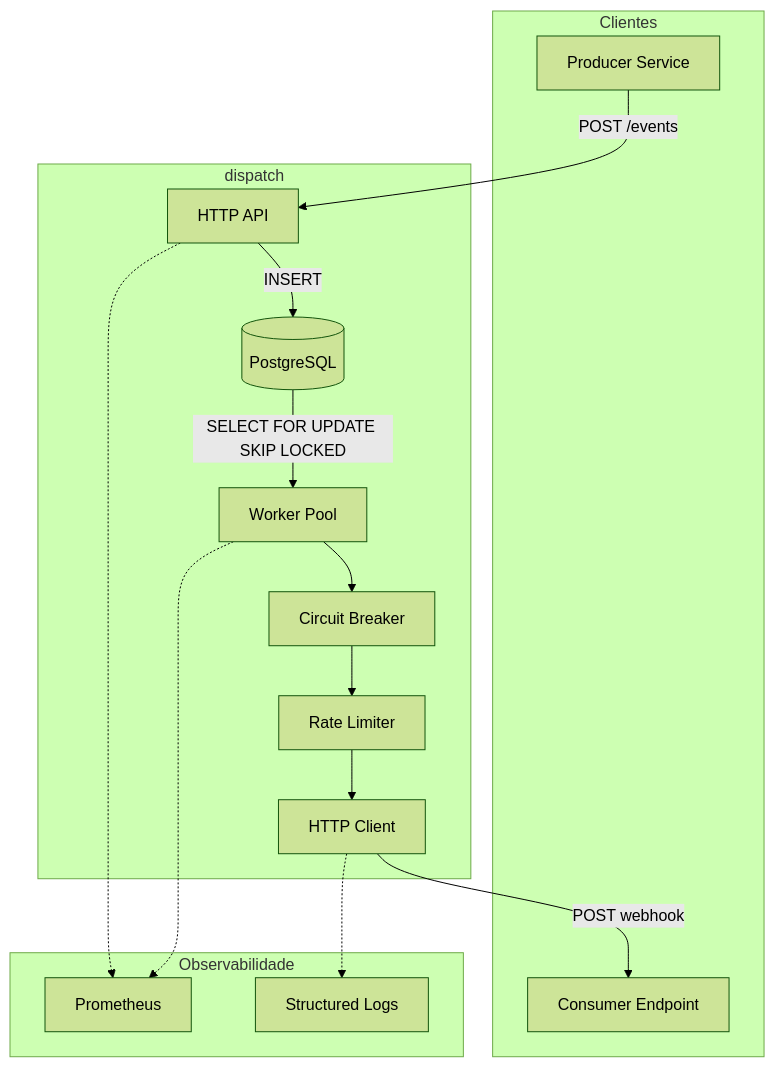
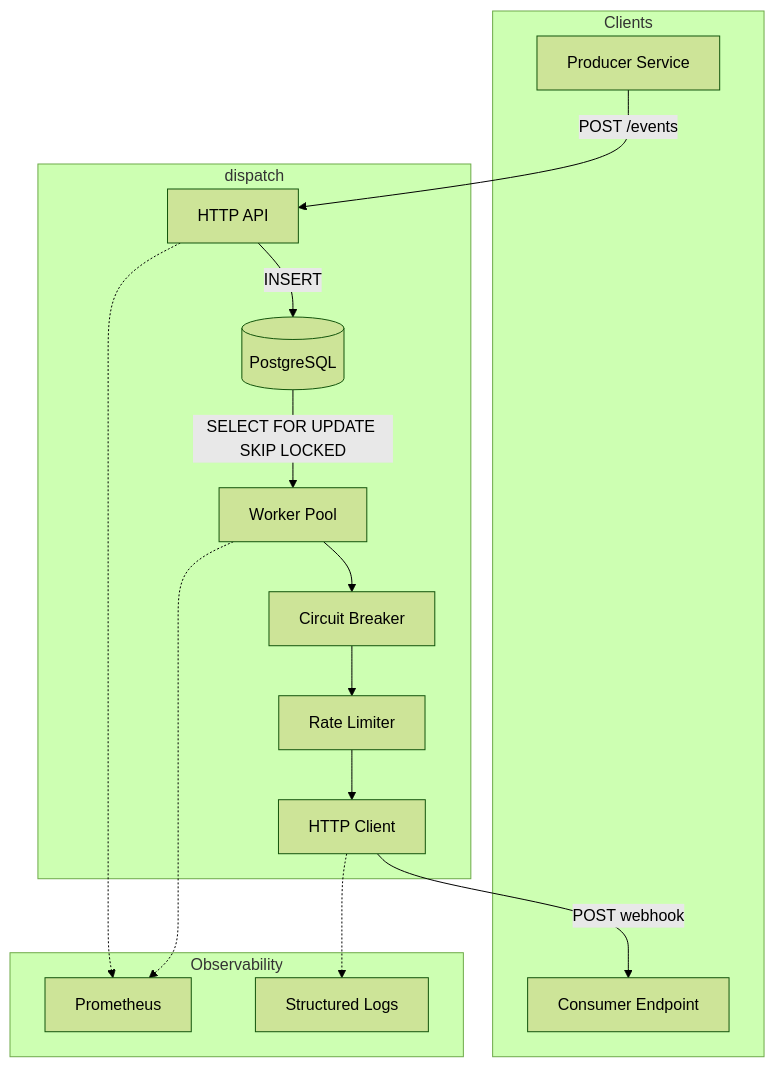
One commit to felipepmaragno/webhook-service changed the first of 4 diagrams in docs/spec.md. Above: the diagram before and after it, drawn with Mermaid (forest theme). The commit also changed other lines of this file, not shown here.

````diff
--- a/docs/spec.md
+++ b/docs/spec.md
@@ -39,33 +39,33 @@
 ```mermaid
 flowchart TB
-    subgraph Clients["Clientes"]
+    subgraph Clients["Clients"]
         Producer["Producer Service"]
         Consumer["Consumer Endpoint"]
     end
 
     subgraph Dispatch["dispatch"]
         API["HTTP API"]
         DB[(PostgreSQL)]
         Workers["Worker Pool"]
         CB["Circuit Breaker"]
         RL["Rate Limiter"]
         Delivery["HTTP Client"]
     end
 
-    subgraph Observability["Observabilidade"]
+    subgraph Observability["Observability"]
         Metrics["Prometheus"]
         Logs["Structured Logs"]
     end
 
     Producer -->|POST /events| API
     API -->|INSERT| DB
     DB -->|SELECT FOR UPDATE SKIP LOCKED| Workers
     Workers --> CB
     CB --> RL
     RL --> Delivery
     Delivery -->|POST webhook| Consumer
     
     API -.-> Metrics
     Workers -.-> Metrics
     Delivery -.-> Logs
 ```
````
